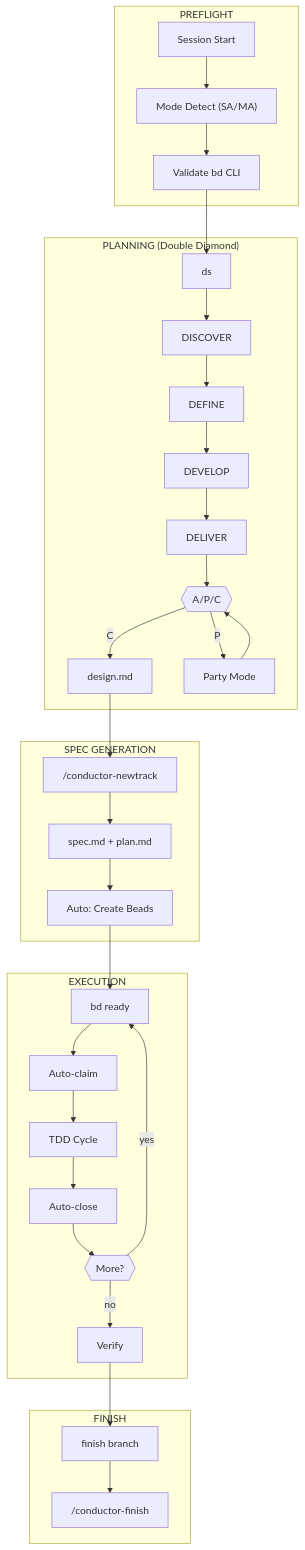
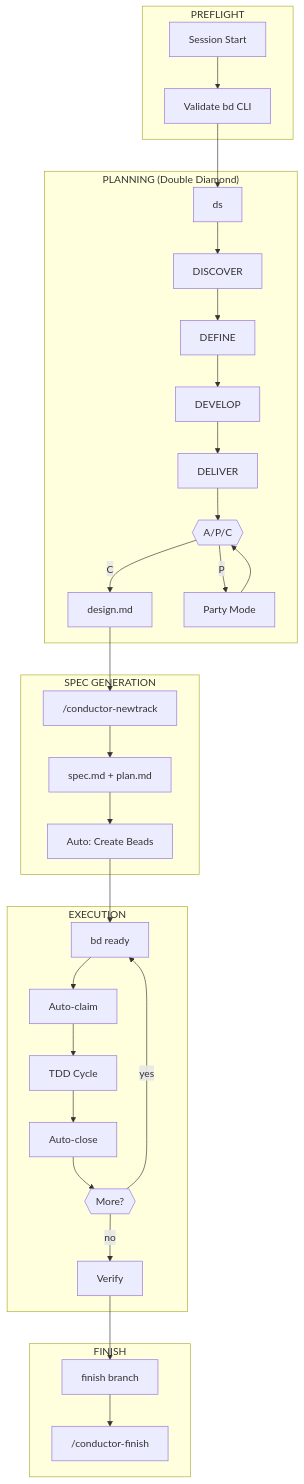
One commit to ReinaMacCredy/maestro changed the second of 4 diagrams in docs/ARCHITECTURE.md. Above: the diagram before and after it, drawn with Mermaid. The commit also changed other lines of this file and 53 other files, not shown here.

````diff
--- a/docs/ARCHITECTURE.md
+++ b/docs/ARCHITECTURE.md
@@ -61,41 +54,40 @@
 ```mermaid
 flowchart TB
     subgraph PREFLIGHT["PREFLIGHT"]
-        PF_START["Session Start"] --> PF_MODE["Mode Detect (SA/MA)"]
-        PF_MODE --> PF_BD["Validate bd CLI"]
+        PF_START["Session Start"] --> PF_BD["Validate bd CLI"]
     end
 
     subgraph PLANNING["PLANNING (Double Diamond)"]
         DS["ds"] --> DISCOVER["DISCOVER"] --> DEFINE["DEFINE"]
         DEFINE --> DEVELOP["DEVELOP"] --> DELIVER["DELIVER"]
         DELIVER --> APC{{"A/P/C"}}
         APC -->|"C"| DESIGND["design.md"]
         APC -->|"P"| PARTY["Party Mode"]
         PARTY --> APC
     end
 
     subgraph SPEC["SPEC GENERATION"]
         NEWTRACK["/conductor-newtrack"]
         SPECMD["spec.md + plan.md"]
         AUTO_FB["Auto: Create Beads"]
     end
 
     subgraph EXECUTION["EXECUTION"]
         READY["bd ready"] --> CLAIM["Auto-claim"]
         CLAIM --> TDD["TDD Cycle"]
         TDD --> CLOSE["Auto-close"]
         CLOSE --> MORE{{"More?"}}
         MORE -->|"yes"| READY
         MORE -->|"no"| VERIFY["Verify"]
     end
 
     subgraph FINISH["FINISH"]
         BRANCH["finish branch"]
         FINISH_CMD["/conductor-finish"]
     end
 
     PF_BD --> DS
     DESIGND --> NEWTRACK
     NEWTRACK --> SPECMD --> AUTO_FB --> READY
     VERIFY --> BRANCH --> FINISH_CMD
 ```
````
